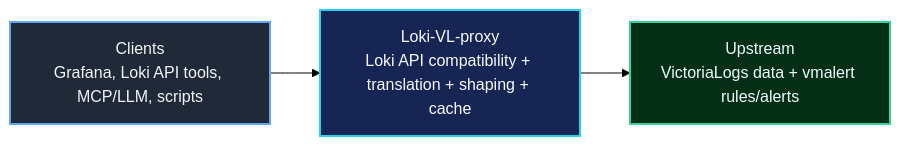
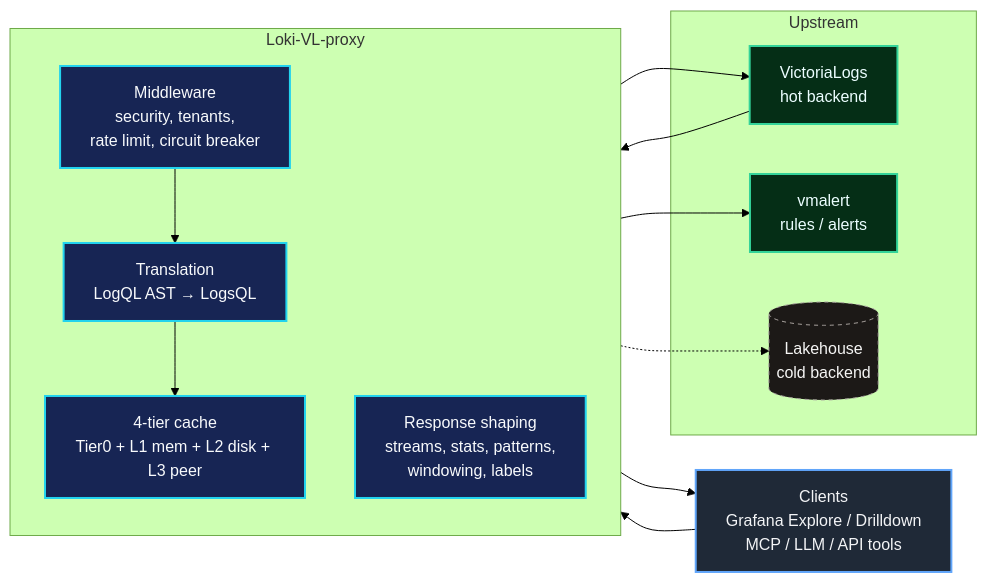
Before and after one commit to ReliablyObserve/loki-vl-proxy: the first of 2 diagrams in README.md, drawn with Mermaid (forest theme). The commit also changed other lines of this file and 13 other files, not shown here.

````diff
--- a/README.md
+++ b/README.md
@@ -243,15 +243,32 @@
 ```mermaid
 flowchart LR
-    A[Clients<br/>Grafana, Loki API tools, MCP/LLM, scripts]
-    B[Loki-VL-proxy<br/>Loki API compatibility + translation + shaping + cache]
-    C[Upstream<br/>VictoriaLogs data + vmalert rules/alerts]
+    A[Clients<br/>Grafana Explore / Drilldown<br/>MCP / LLM / API tools]
 
-    A --> B --> C
+    subgraph PROXY["Loki-VL-proxy"]
+        direction TB
+        MW["Middleware<br/>security, tenants,<br/>rate limit, circuit breaker"]
+        TR["Translation<br/>LogQL AST → LogsQL"]
+        CACHE["4-tier cache<br/>Tier0 + L1 mem + L2 disk + L3 peer"]
+        SHAPE["Response shaping<br/>streams, stats, patterns,<br/>windowing, labels"]
+    end
+
+    subgraph UP["Upstream"]
+        VL["VictoriaLogs<br/>hot backend"]
+        VMA["vmalert<br/>rules / alerts"]
+        LH[("Lakehouse<br/>cold backend")]
+    end
+
+    A --> MW --> TR --> CACHE --> VL
+    TR --> VMA
+    CACHE -.-> LH
+    VL --> SHAPE --> A
 
     classDef client fill:#1f2937,stroke:#60a5fa,color:#f3f4f6,stroke-width:2px;
     classDef proxy fill:#172554,stroke:#22d3ee,color:#f8fafc,stroke-width:2px;
     classDef upstream fill:#052e16,stroke:#34d399,color:#ecfeff,stroke-width:2px;
+    classDef cold fill:#1c1917,stroke:#a8a29e,color:#f5f5f4,stroke-width:1px,stroke-dasharray:4 4;
     class A client;
-    class B proxy;
-    class C upstream;
+    class MW,TR,CACHE,SHAPE proxy;
+    class VL,VMA upstream;
+    class LH cold;
 ```
````
